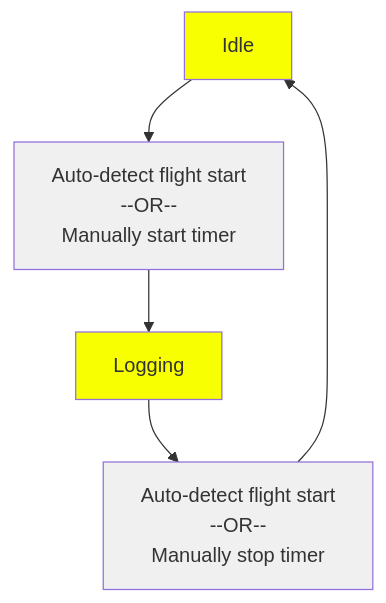
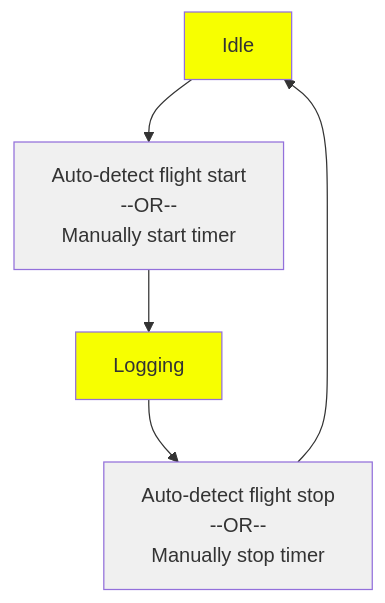
Before and after one commit to DangerMonkeys/leaf: the diagram in docs/dev-references/flights_and_logging.md, drawn with Mermaid.

````diff
--- a/docs/dev-references/flights_and_logging.md
+++ b/docs/dev-references/flights_and_logging.md
@@ -23,15 +23,15 @@
 ```mermaid
 graph TD
     Idle
     Logging
     class Idle,Logging State
     
     IdleToLogging["Auto-detect flight start<br>--OR--<br>Manually start timer"]
-    LoggingToIdle["Auto-detect flight start<br>--OR--<br>Manually stop timer"]
+    LoggingToIdle["Auto-detect flight stop<br>--OR--<br>Manually stop timer"]
     class IdleToLogging,LoggingToIdle Transition
 
     Idle --> IdleToLogging --> Logging --> LoggingToIdle --> Idle
 
     classDef State fill:#f7ff00
     classDef Transition fill:#f0f0f0
 ```
````
